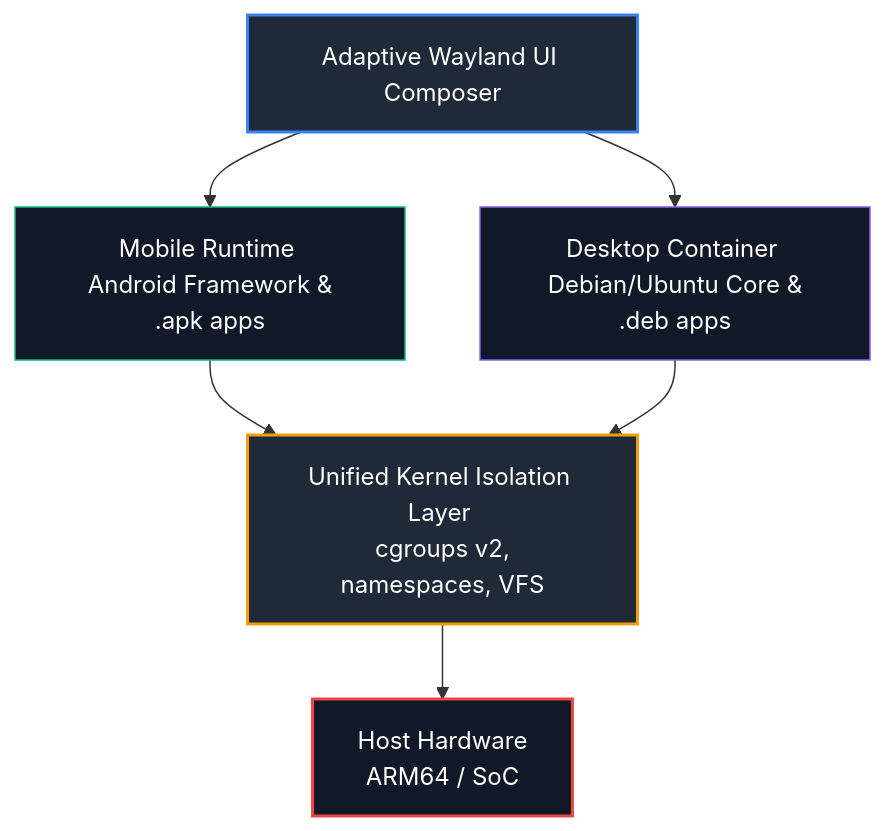
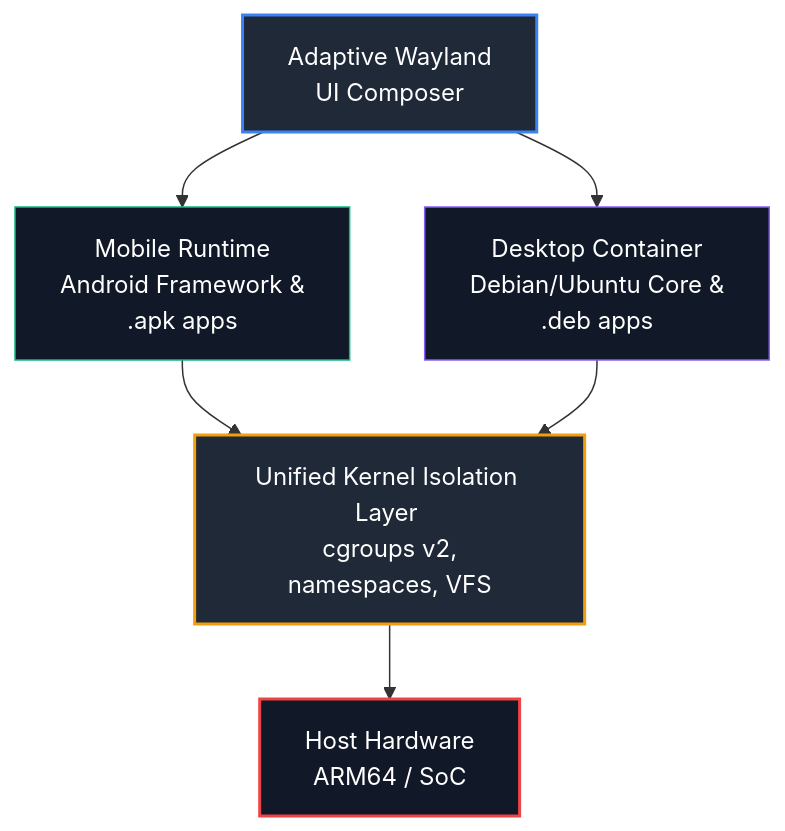
The diagram in README.md (ffelipef/armos), drawn with Mermaid before and after one commit.

````diff
--- a/README.md
+++ b/README.md
@@ -25,17 +25,17 @@
 ```mermaid
 graph TD
-    UI[Adaptive Wayland UI Composer] --> Mobile[Mobile Runtime <br> Android Framework & .apk apps]
-    UI --> Desktop[Desktop Container <br> Debian/Ubuntu Core & .deb apps]
+    UI[Adaptive Wayland <br> UI Composer] --> Mobile[Mobile Runtime <br> Android Framework & <br> .apk apps]
+    UI --> Desktop[Desktop Container <br> Debian/Ubuntu Core & <br> .deb apps]
     
     Mobile --> Kernel[Unified Kernel Isolation Layer <br> cgroups v2, namespaces, VFS]
     Desktop --> Kernel
     
     Kernel --> HW[Host Hardware <br> ARM64 / SoC]
 
     %% Styles
     style UI fill:#1f2937,stroke:#3b82f6,stroke-width:2px,color:#fff
     style Mobile fill:#111827,stroke:#10b981,stroke-width:1px,color:#fff
     style Desktop fill:#111827,stroke:#8b5cf6,stroke-width:1px,color:#fff
     style Kernel fill:#1f2937,stroke:#f59e0b,stroke-width:2px,color:#fff
     style HW fill:#111827,stroke:#ef4444,stroke-width:2px,color:#fff
 ```
````
